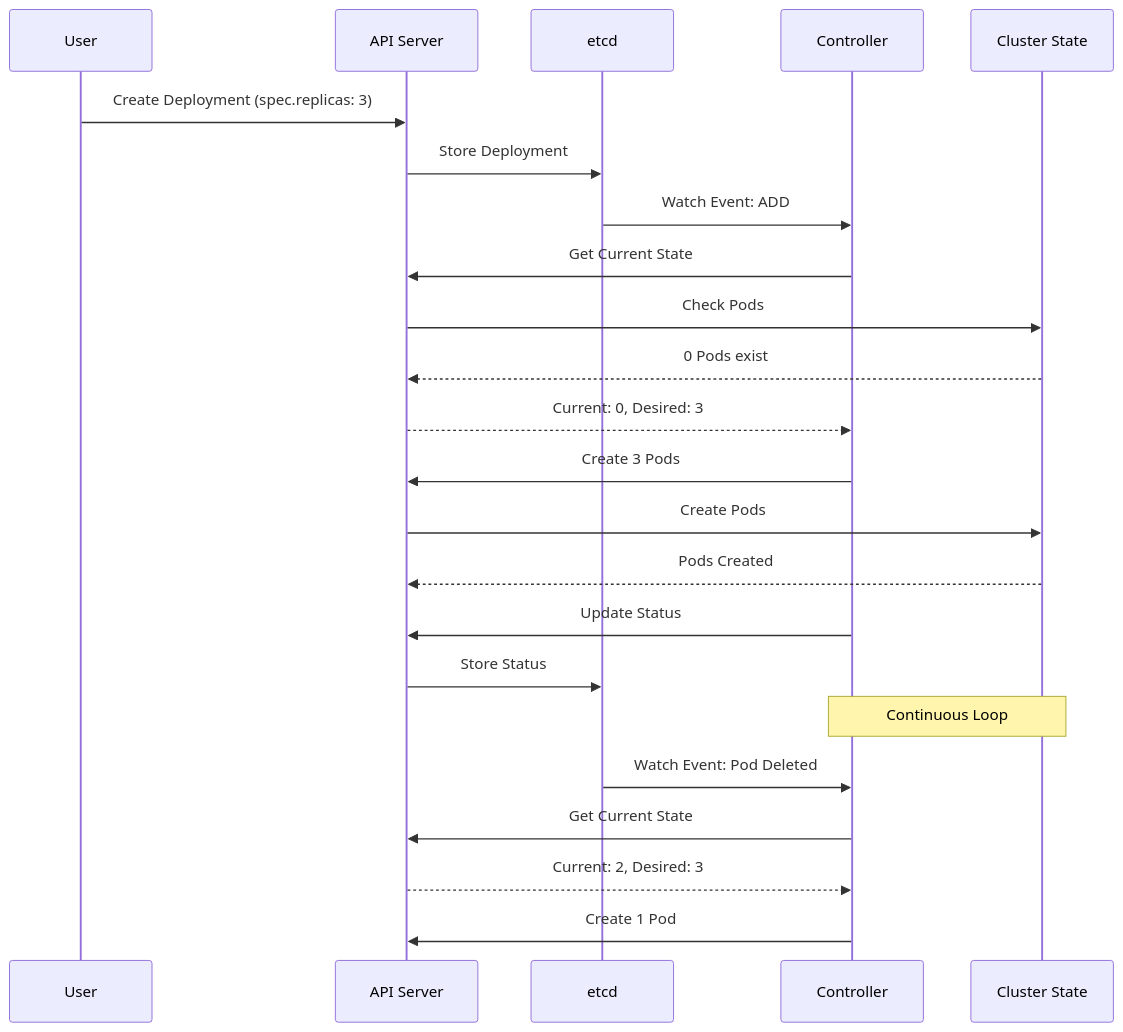
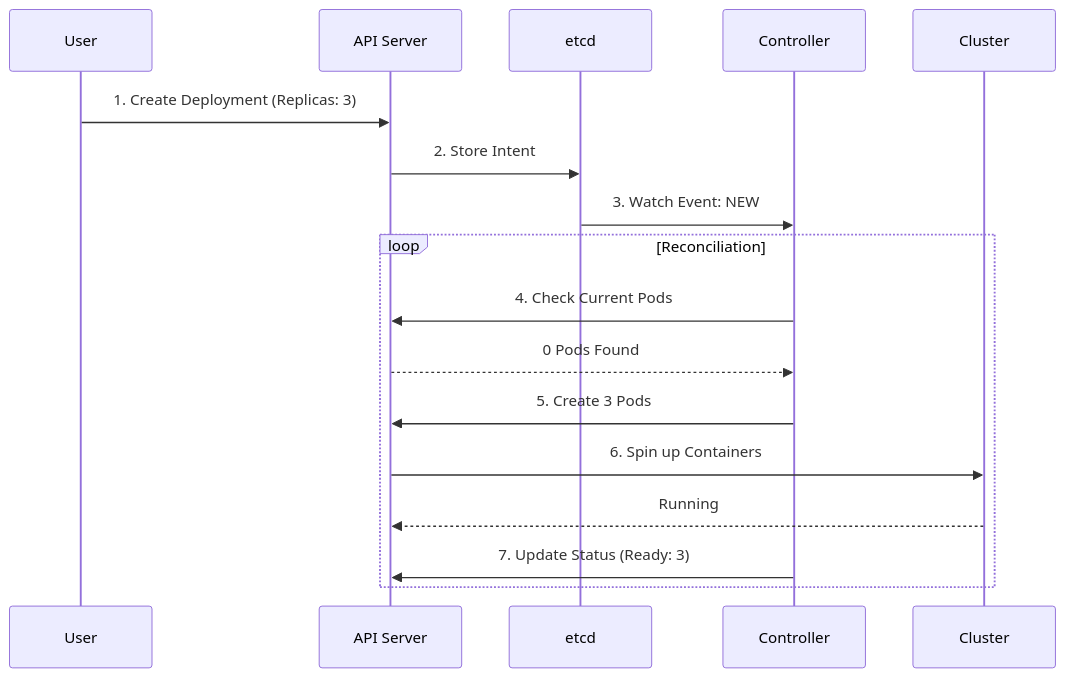
One commit to Zorozephyr/Samsung_SMO changed the second of 3 diagrams in Operators/Notes_2.md. Above: the diagram before and after it, drawn with Mermaid. The commit also changed other lines of this file and 58 other files, not shown here.

````diff
--- a/Operators/Notes_2.md
+++ b/Operators/Notes_2.md
@@ -127,27 +105,21 @@
 ```mermaid
 sequenceDiagram
     participant User
     participant API as API Server
-    participant etcd as etcd
-    participant Controller as Controller
-    participant Cluster as Cluster State
+    participant etcd
+    participant Controller
+    participant Cluster
     
-    User->>API: Create Deployment (spec.replicas: 3)
-    API->>etcd: Store Deployment
-    etcd->>Controller: Watch Event: ADD
-    Controller->>API: Get Current State
-    API->>Cluster: Check Pods
-    Cluster-->>API: 0 Pods exist
-    API-->>Controller: Current: 0, Desired: 3
-    Controller->>API: Create 3 Pods
-    API->>Cluster: Create Pods
-    Cluster-->>API: Pods Created
-    Controller->>API: Update Status
-    API->>etcd: Store Status
+    User->>API: 1. Create Deployment (Replicas: 3)
+    API->>etcd: 2. Store Intent
+    etcd->>Controller: 3. Watch Event: NEW
     
-    Note over Controller,Cluster: Continuous Loop
-    etcd->>Controller: Watch Event: Pod Deleted
-    Controller->>API: Get Current State
-    API-->>Controller: Current: 2, Desired: 3
-    Controller->>API: Create 1 Pod
+    loop Reconciliation
+        Controller->>API: 4. Check Current Pods
+        API-->>Controller: 0 Pods Found
+        Controller->>API: 5. Create 3 Pods
+        API->>Cluster: 6. Spin up Containers
+        Cluster-->>API: Running
+        Controller->>API: 7. Update Status (Ready: 3)
+    end
 ```
````
